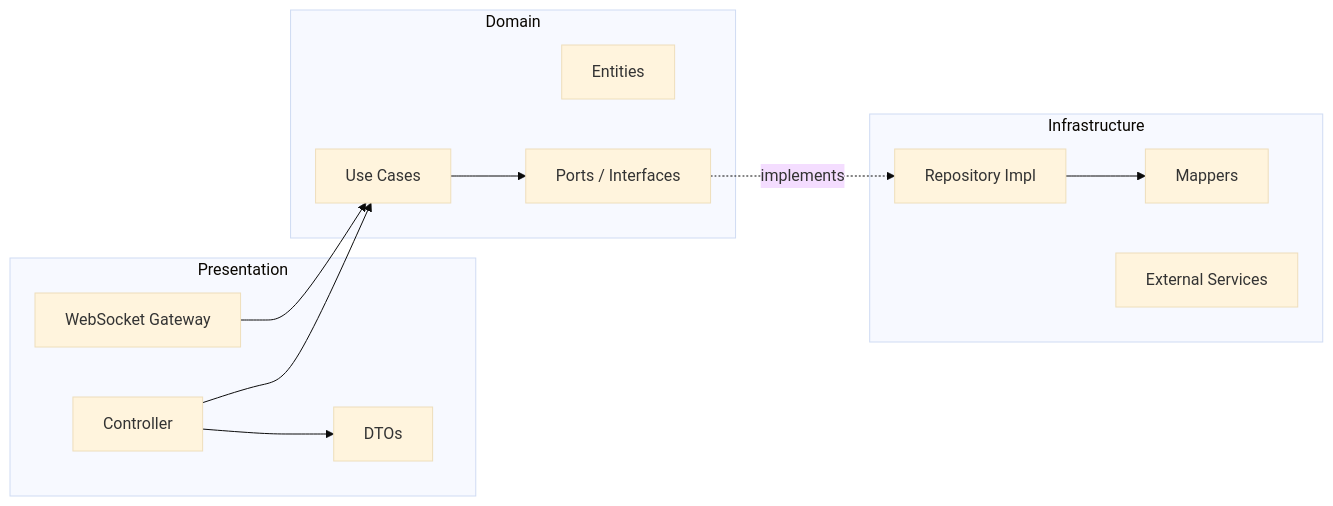
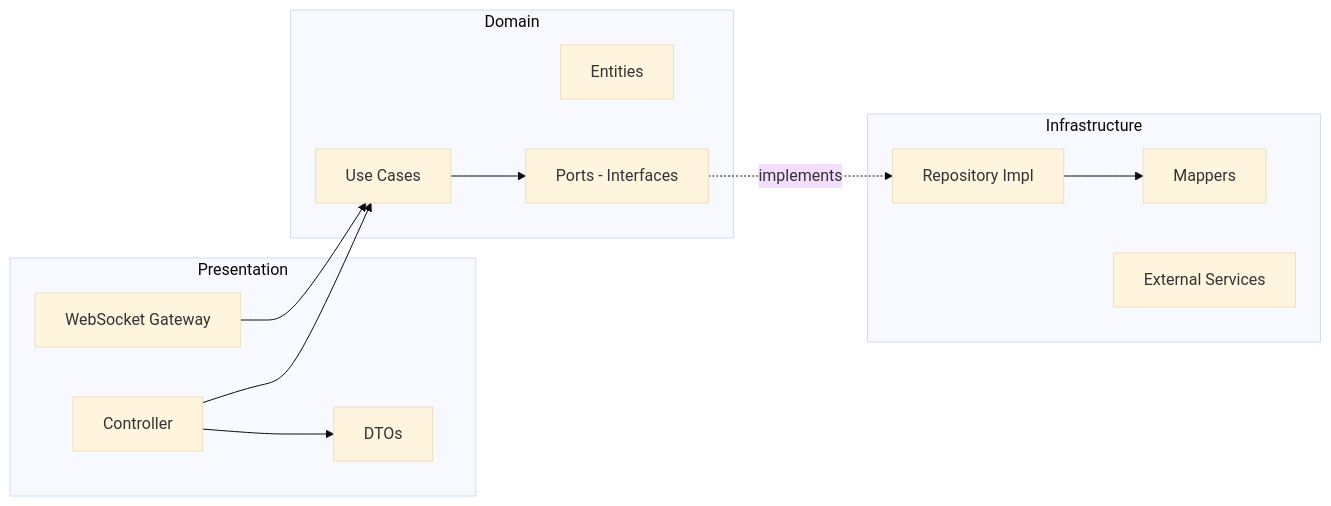
The third of 8 diagrams in docs/architecture.md (Alexzafra13/echo), drawn with Mermaid (base theme) before and after one commit. The commit also changed other lines of this file, not shown here.

First line of the commit message:
fix(docs): fix Mermaid syntax for GitHub rendering

````diff
--- a/docs/architecture.md
+++ b/docs/architecture.md
@@ -72,27 +72,27 @@
 ```mermaid
 graph LR
-    subgraph Presentation
-        Controller[Controller]
-        DTO[DTOs]
-        Gateway[WebSocket Gateway]
+    subgraph P["Presentation"]
+        Controller["Controller"]
+        DTO["DTOs"]
+        Gateway["WebSocket Gateway"]
     end
 
-    subgraph Domain
-        UseCase[Use Cases]
-        Entity[Entities]
-        Port[Ports / Interfaces]
+    subgraph D["Domain"]
+        UseCase["Use Cases"]
+        Entity["Entities"]
+        Port["Ports - Interfaces"]
     end
 
-    subgraph Infrastructure
-        Repo[Repository Impl]
-        Mapper[Mappers]
-        ExtService[External Services]
+    subgraph I["Infrastructure"]
+        Repo["Repository Impl"]
+        Mapper["Mappers"]
+        ExtService["External Services"]
     end
 
     Controller --> UseCase
     UseCase --> Port
     Port -.->|implements| Repo
     Repo --> Mapper
     Gateway --> UseCase
     Controller --> DTO
 ```
````
